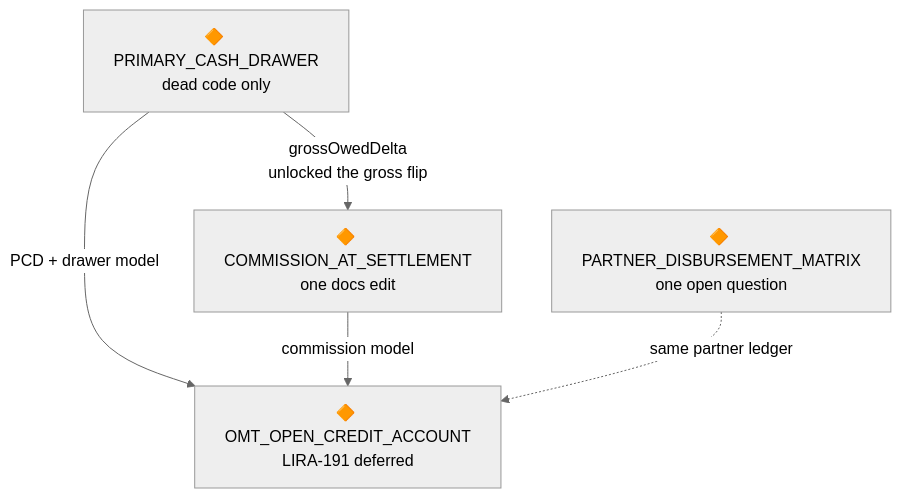
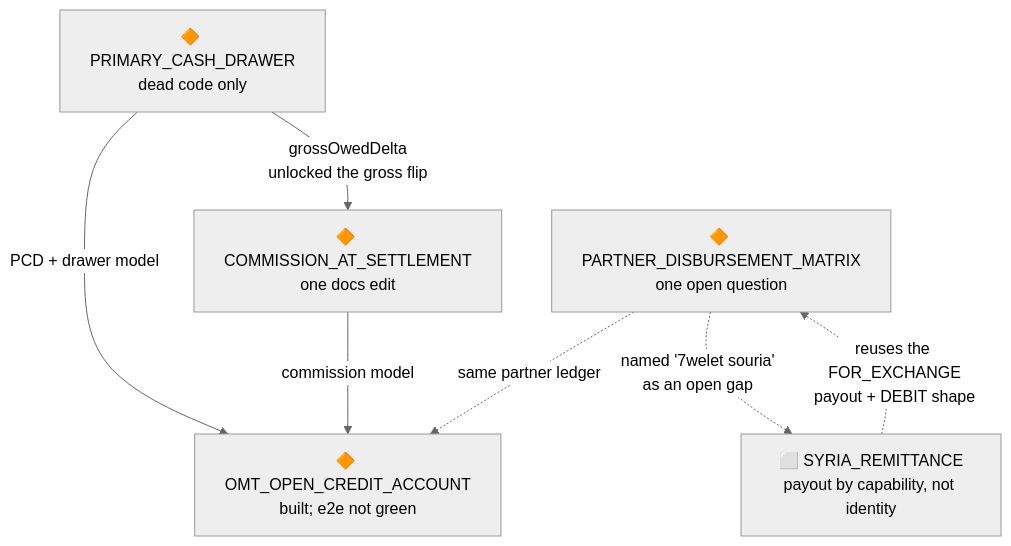
One commit to amirelhalabi/Liratek changed the first of 4 diagrams in docs/plans/ongoing_plans/PLAN_OVERVIEW.md. Above: the diagram before and after it, drawn with Mermaid (neutral theme). The commit also changed other lines of this file and 3 other files, not shown here.

````diff
--- a/docs/plans/ongoing_plans/PLAN_OVERVIEW.md
+++ b/docs/plans/ongoing_plans/PLAN_OVERVIEW.md
@@ -161,12 +173,15 @@
 ```mermaid
 graph TD
   PCD["🔶 PRIMARY_CASH_DRAWER<br/>dead code only"]
   CAS["🔶 COMMISSION_AT_SETTLEMENT<br/>one docs edit"]
-  OMT["🔶 OMT_OPEN_CREDIT_ACCOUNT<br/>LIRA-191 deferred"]
+  OMT["🔶 OMT_OPEN_CREDIT_ACCOUNT<br/>built; e2e not green"]
   PDM["🔶 PARTNER_DISBURSEMENT_MATRIX<br/>one open question"]
+  SYR["⬜ SYRIA_REMITTANCE<br/>payout by capability, not identity"]
 
   PCD -->|"grossOwedDelta<br/>unlocked the gross flip"| CAS
   PCD -->|"PCD + drawer model"| OMT
   CAS -->|"commission model"| OMT
   PDM -.->|"same partner ledger"| OMT
+  PDM -.->|"named '7welet souria'<br/>as an open gap"| SYR
+  SYR -.->|"reuses the FOR_EXCHANGE<br/>payout + DEBIT shape"| PDM
 ```
````
